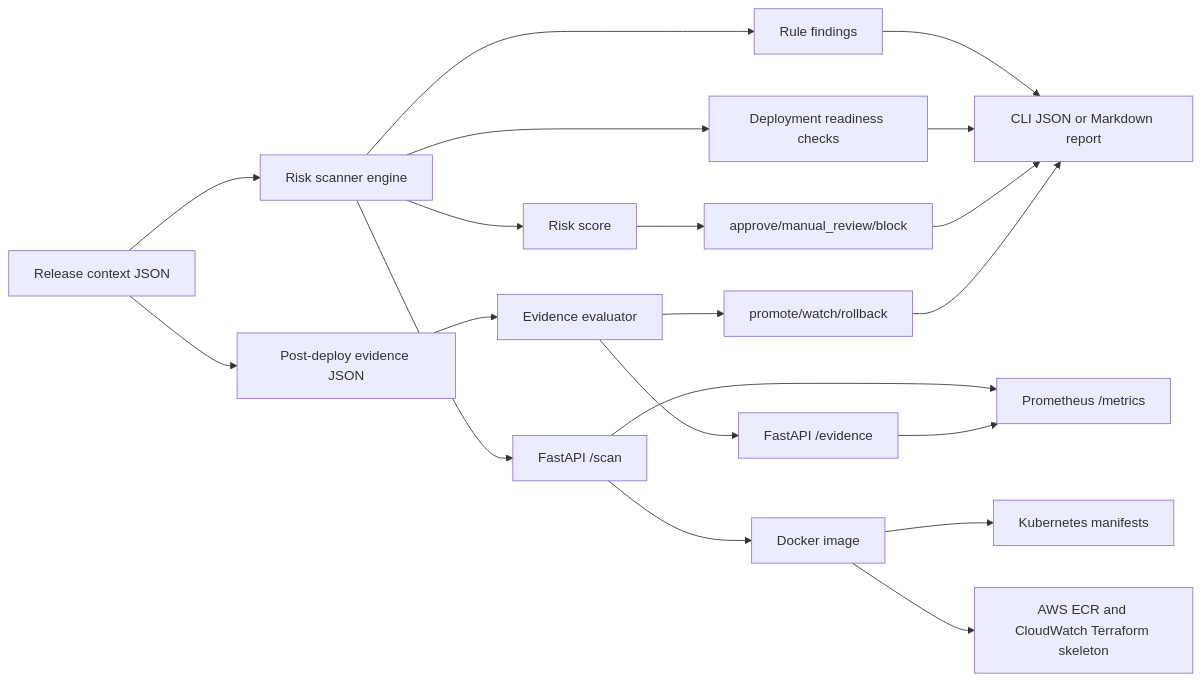
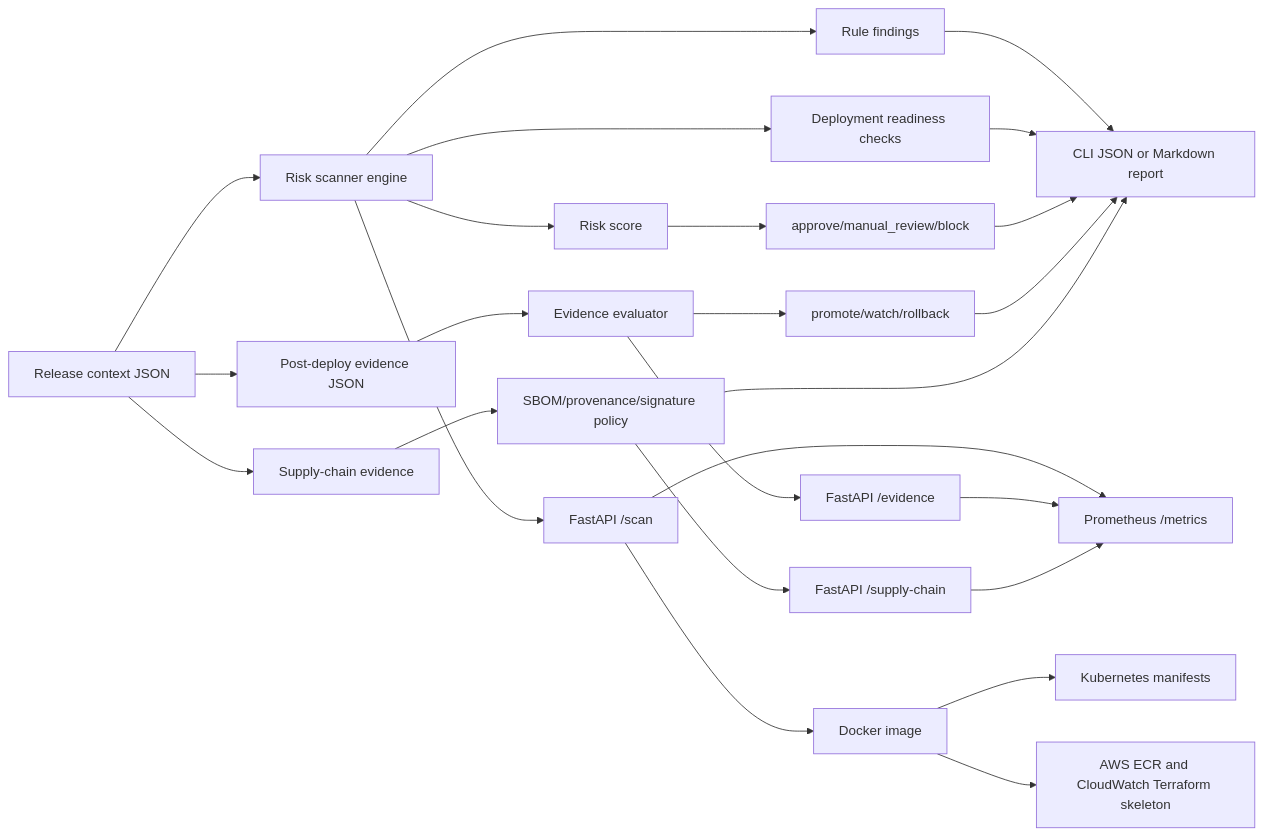
One commit to Nagadeepak1998/ci-cd-release-risk-scanner changed the diagram in README.md. Above: the diagram before and after it, drawn with Mermaid. The commit also changed other lines of this file and 15 other files, not shown here.

Commit message:
Add software supply chain release gate

````diff
--- a/README.md
+++ b/README.md
@@ -23,22 +25,27 @@
 ```mermaid
 flowchart LR
     A[Release context JSON] --> B[Risk scanner engine]
     B --> C[Rule findings]
     B --> D[Risk score]
     D --> E[approve/manual_review/block]
     C --> F[CLI JSON or Markdown report]
     B --> L[Deployment readiness checks]
     L --> F
     E --> F
     B --> G[FastAPI /scan]
     A --> M[Post-deploy evidence JSON]
     M --> N[Evidence evaluator]
     N --> O[promote/watch/rollback]
     O --> F
     N --> P[FastAPI /evidence]
     G --> H[Prometheus /metrics]
     P --> H
+    A --> Q[Supply-chain evidence]
+    Q --> R[SBOM/provenance/signature policy]
+    R --> F
+    R --> S[FastAPI /supply-chain]
+    S --> H
     G --> I[Docker image]
     I --> J[Kubernetes manifests]
     I --> K[AWS ECR and CloudWatch Terraform skeleton]
 ```
````
